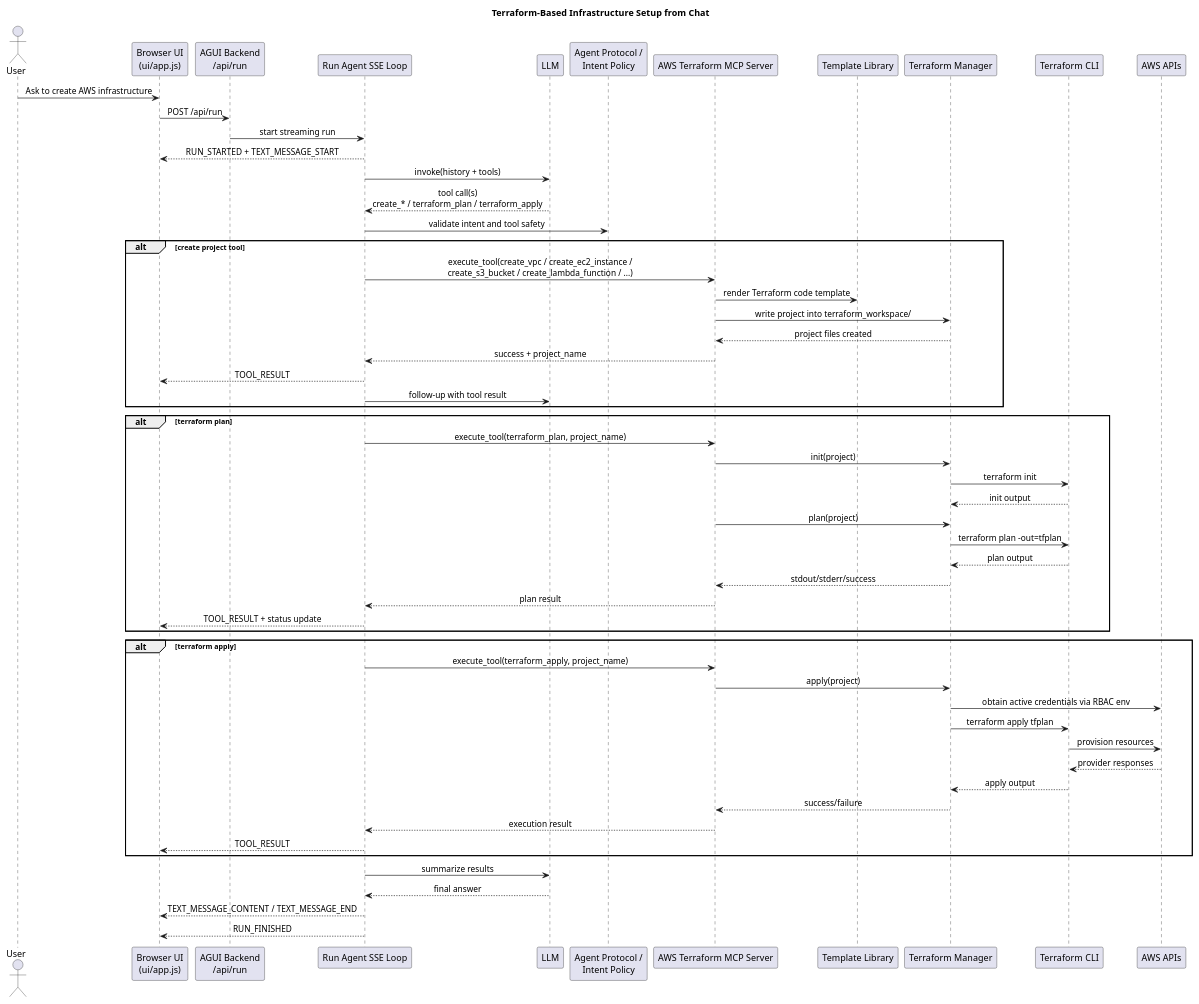
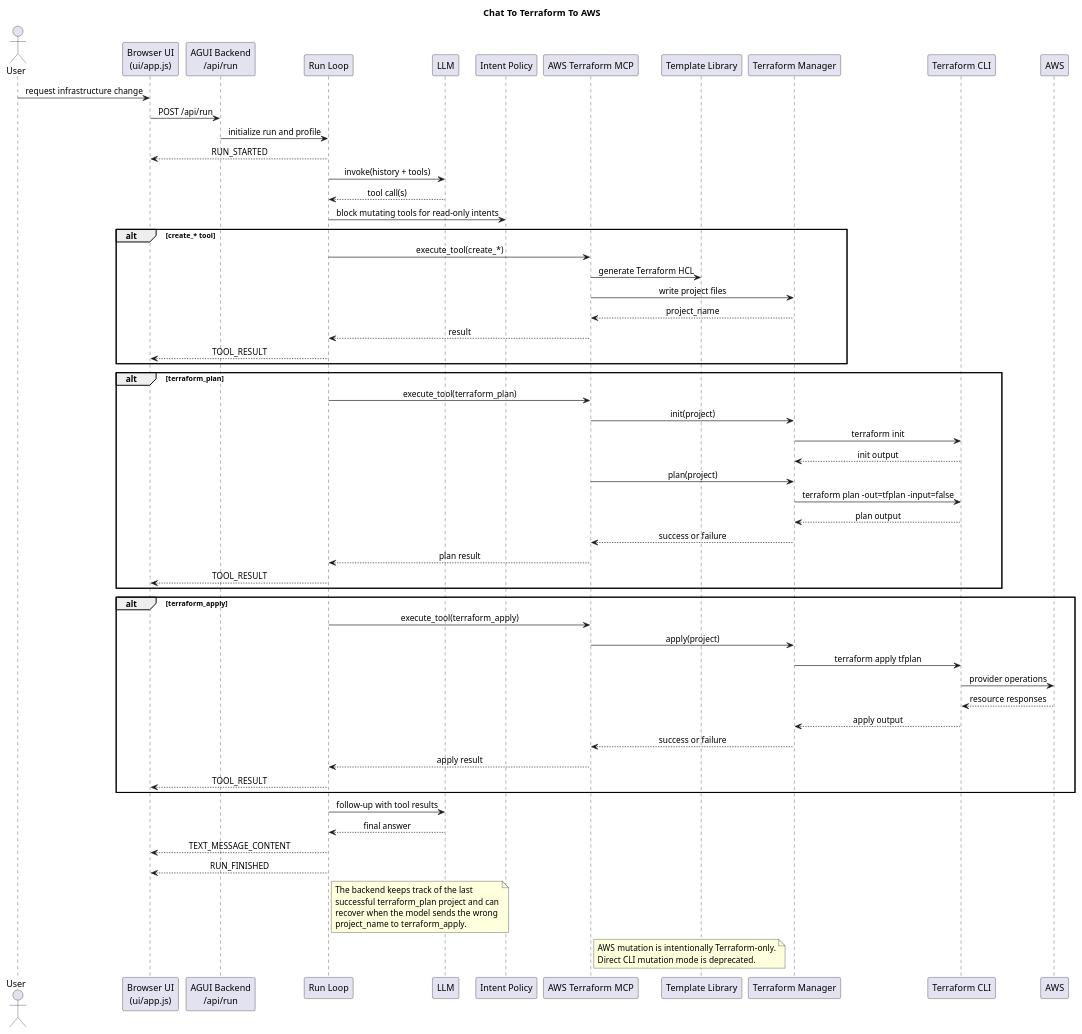
One commit to QwavePune/aws-infra-agent-bot changed the diagram in diagrams/terraform-infra-sequence.puml. Above: the diagram before and after it, drawn with PlantUML. The commit also changed 16 other files, not shown here.

```diff
--- a/diagrams/terraform-infra-sequence.puml
+++ b/diagrams/terraform-infra-sequence.puml
@@ -1,70 +1,79 @@
 @startuml
-title Terraform-Based Infrastructure Setup from Chat
+title Chat To Terraform To AWS
 
 skinparam backgroundColor white
 skinparam shadowing false
 skinparam sequenceMessageAlign center
 
 actor User
 participant "Browser UI\n(ui/app.js)" as UI
 participant "AGUI Backend\n/api/run" as API
-participant "Run Agent SSE Loop" as RUNNER
+participant "Run Loop" as RUNNER
 participant "LLM" as LLM
-participant "Agent Protocol /\nIntent Policy" as POLICY
-participant "AWS Terraform MCP Server" as MCP
+participant "Intent Policy" as POLICY
+participant "AWS Terraform MCP" as MCP
 participant "Template Library" as TPL
 participant "Terraform Manager" as TFM
-participant "Terraform CLI" as TFCLI
-participant "AWS APIs" as AWS
+participant "Terraform CLI" as TF
+participant "AWS" as AWS
 
-User -> UI : Ask to create AWS infrastructure
+User -> UI : request infrastructure change
 UI -> API : POST /api/run
-API -> RUNNER : start streaming run
-RUNNER --> UI : RUN_STARTED + TEXT_MESSAGE_START
+API -> RUNNER : initialize run and profile
+RUNNER --> UI : RUN_STARTED
+RUNNER -> LLM : invoke(history + tools)
+LLM --> RUNNER : tool call(s)
+RUNNER -> POLICY : block mutating tools for read-only intents
 
-RUNNER -> LLM : invoke(history + tools)
-LLM --> RUNNER : tool call(s)\ncreate_* / terraform_plan / terraform_apply
-RUNNER -> POLICY : validate intent and tool safety
-
-alt create project tool
-  RUNNER -> MCP : execute_tool(create_vpc / create_ec2_instance /\ncreate_s3_bucket / create_lambda_function / ...)
-  MCP -> TPL : render Terraform code template
-  MCP -> TFM : write project into terraform_workspace/
-  TFM --> MCP : project files created
-  MCP --> RUNNER : success + project_name
-  RUNNER --> UI : TOOL_RESULT
-  RUNNER -> LLM : follow-up with tool result
-end
-
-alt terraform plan
-  RUNNER -> MCP : execute_tool(terraform_plan, project_name)
-  MCP -> TFM : init(project)
-  TFM -> TFCLI : terraform init
-  TFCLI --> TFM : init output
-  MCP -> TFM : plan(project)
-  TFM -> TFCLI : terraform plan -out=tfplan
-  TFCLI --> TFM : plan output
-  TFM --> MCP : stdout/stderr/success
-  MCP --> RUNNER : plan result
-  RUNNER --> UI : TOOL_RESULT + status update
-end
-
-alt terraform apply
-  RUNNER -> MCP : execute_tool(terraform_apply, project_name)
-  MCP -> TFM : apply(project)
-  TFM -> AWS : obtain active credentials via RBAC env
-  TFM -> TFCLI : terraform apply tfplan
-  TFCLI -> AWS : provision resources
-  AWS --> TFCLI : provider responses
-  TFCLI --> TFM : apply output
-  TFM --> MCP : success/failure
-  MCP --> RUNNER : execution result
+alt create_* tool
+  RUNNER -> MCP : execute_tool(create_*)
+  MCP -> TPL : generate Terraform HCL
+  MCP -> TFM : write project files
+  TFM --> MCP : project_name
+  MCP --> RUNNER : result
   RUNNER --> UI : TOOL_RESULT
 end
 
-RUNNER -> LLM : summarize results
+alt terraform_plan
+  RUNNER -> MCP : execute_tool(terraform_plan)
+  MCP -> TFM : init(project)
+  TFM -> TF : terraform init
+  TF --> TFM : init output
+  MCP -> TFM : plan(project)
+  TFM -> TF : terraform plan -out=tfplan -input=false
+  TF --> TFM : plan output
+  TFM --> MCP : success or failure
+  MCP --> RUNNER : plan result
+  RUNNER --> UI : TOOL_RESULT
+end
+
+alt terraform_apply
+  RUNNER -> MCP : execute_tool(terraform_apply)
+  MCP -> TFM : apply(project)
+  TFM -> TF : terraform apply tfplan
+  TF -> AWS : provider operations
+  AWS --> TF : resource responses
+  TF --> TFM : apply output
+  TFM --> MCP : success or failure
+  MCP --> RUNNER : apply result
+  RUNNER --> UI : TOOL_RESULT
+end
+
+RUNNER -> LLM : follow-up with tool results
 LLM --> RUNNER : final answer
-RUNNER --> UI : TEXT_MESSAGE_CONTENT / TEXT_MESSAGE_END
+RUNNER --> UI : TEXT_MESSAGE_CONTENT
 RUNNER --> UI : RUN_FINISHED
 
+note right of RUNNER
+The backend keeps track of the last
+successful terraform_plan project and can
+recover when the model sends the wrong
+project_name to terraform_apply.
+end note
+
+note right of MCP
+AWS mutation is intentionally Terraform-only.
+Direct CLI mutation mode is deprecated.
+end note
+
 @enduml
```
